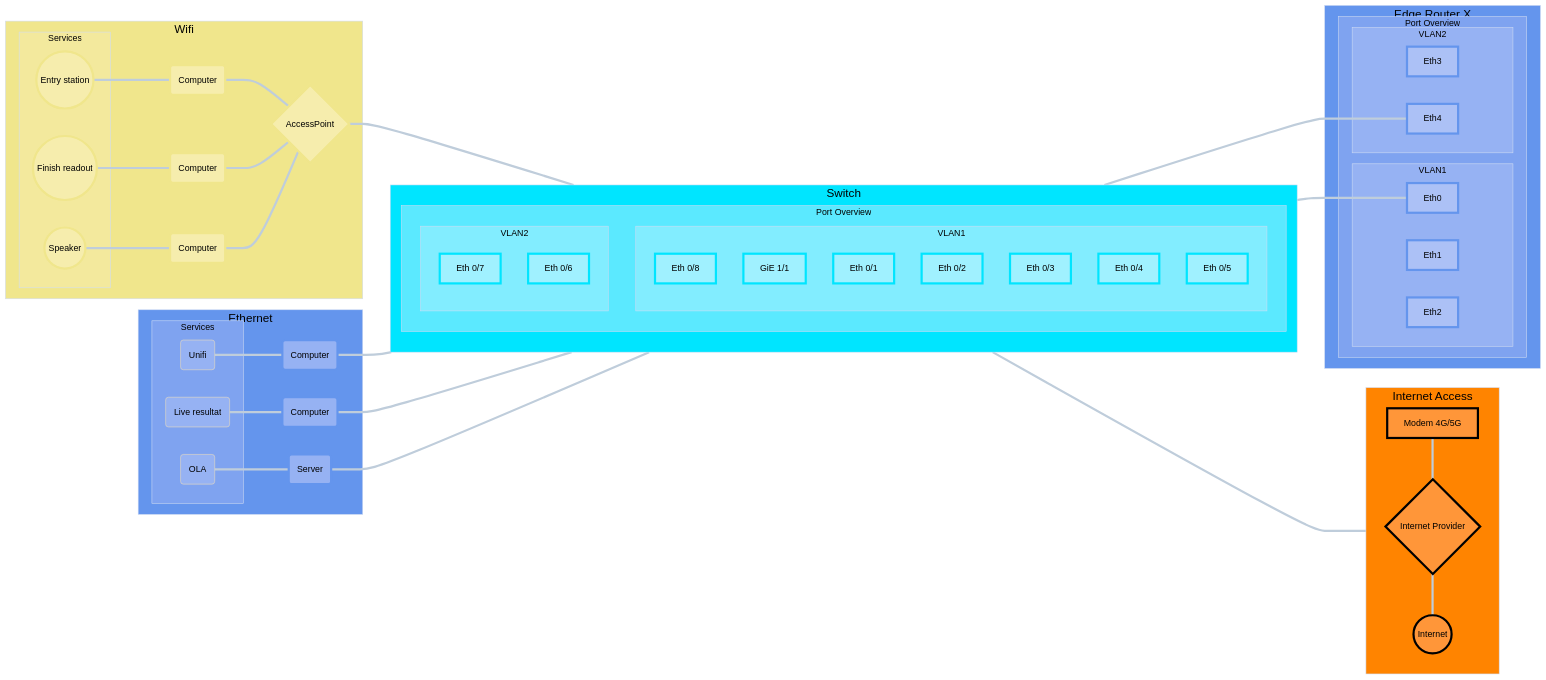
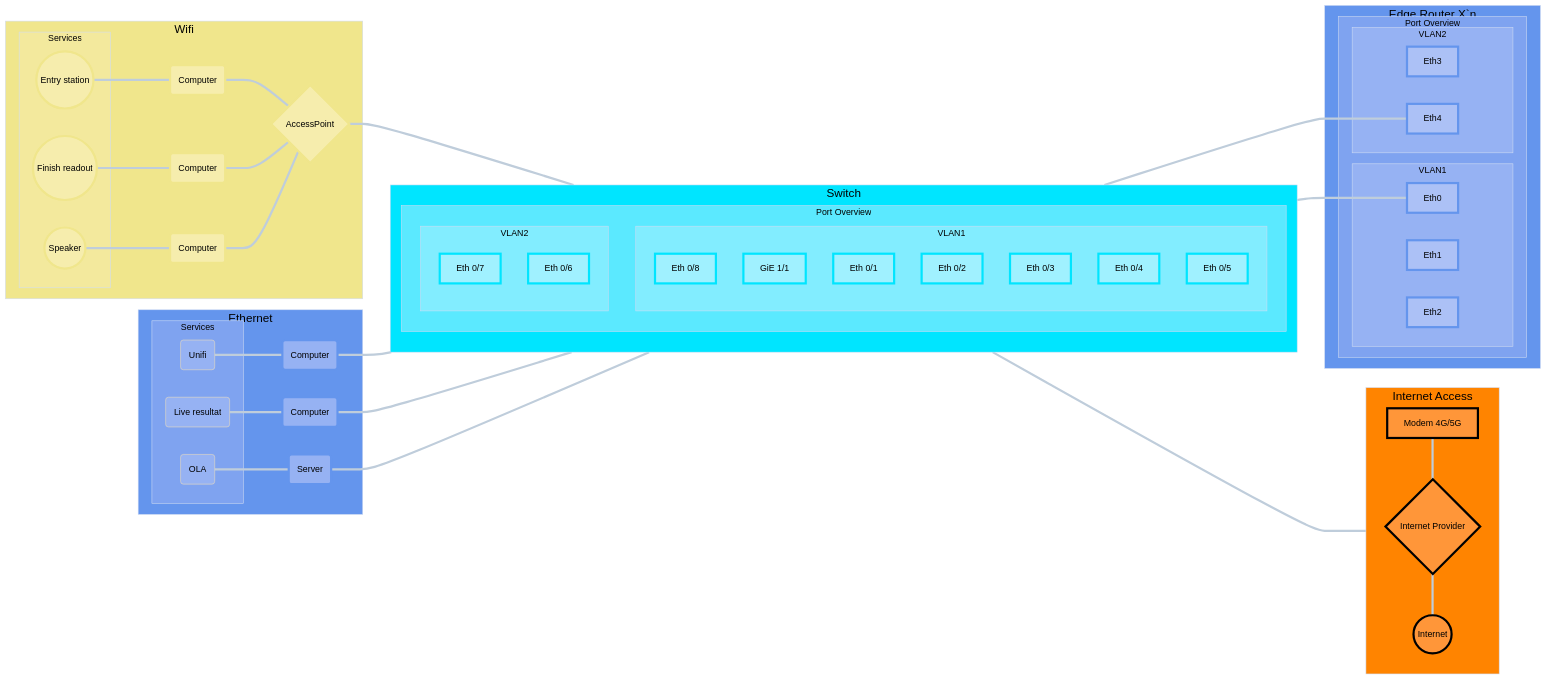
One commit to sdaaish/OL-event changed the diagram in network.md. Above: the diagram before and after it, drawn with Mermaid (base theme).

```diff
--- a/network.md
+++ b/network.md
@@ -18,7 +18,7 @@
       class Internet Large;
     end
 
-    subgraph ER [Edge Router X\n]
+    subgraph ER [Edge Router X`n]
       style ER fill:#6495ed,color:black
 
       subgraph Ports1 [Port Overview]
```
